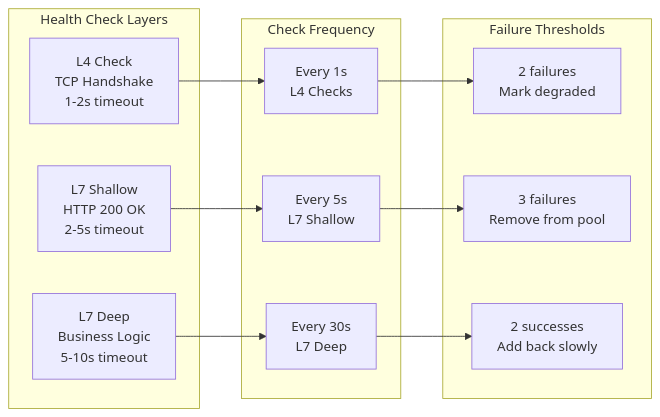
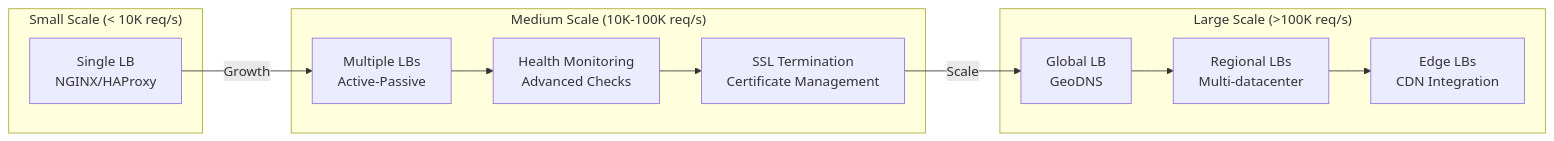
The fourth of 6 diagrams in docs/pattern-library/scaling/load-balancing.md (deepaucksharma/DStudio), drawn with Mermaid before and after one commit. The commit also changed other lines of this file and 23 other files, not shown here.

````diff
--- a/docs/pattern-library/scaling/load-balancing.md
+++ b/docs/pattern-library/scaling/load-balancing.md
@@ -111,24 +245,25 @@
 ```mermaid
 graph LR
-    subgraph "Health Check Layers"
-        L1[L4 Check<br/>TCP Handshake<br/>1-2s timeout]
-        L2[L7 Shallow<br/>HTTP 200 OK<br/>2-5s timeout]
-        L3[L7 Deep<br/>Business Logic<br/>5-10s timeout]
+    subgraph "Small Scale (< 10K req/s)"
+        A1[Single LB<br/>NGINX/HAProxy]
     end
     
-    subgraph "Check Frequency"
-        F1[Every 1s<br/>L4 Checks]
-        F2[Every 5s<br/>L7 Shallow]
-        F3[Every 30s<br/>L7 Deep]
+    subgraph "Medium Scale (10K-100K req/s)"
+        B1[Multiple LBs<br/>Active-Passive]
+        B2[Health Monitoring<br/>Advanced Checks]
+        B3[SSL Termination<br/>Certificate Management]
+        B1 --> B2
+        B2 --> B3
     end
     
-    subgraph "Failure Thresholds"
-        T1[2 failures<br/>Mark degraded]
-        T2[3 failures<br/>Remove from pool]
-        T3[2 successes<br/>Add back slowly]
+    subgraph "Large Scale (>100K req/s)"
+        C1[Global LB<br/>GeoDNS]
+        C2[Regional LBs<br/>Multi-datacenter]
+        C3[Edge LBs<br/>CDN Integration]
+        C1 --> C2
+        C2 --> C3
     end
     
-    L1 --> F1 --> T1
-    L2 --> F2 --> T2
-    L3 --> F3 --> T3
+    A1 -->|Growth| B1
+    B3 -->|Scale| C1
 ```
````
